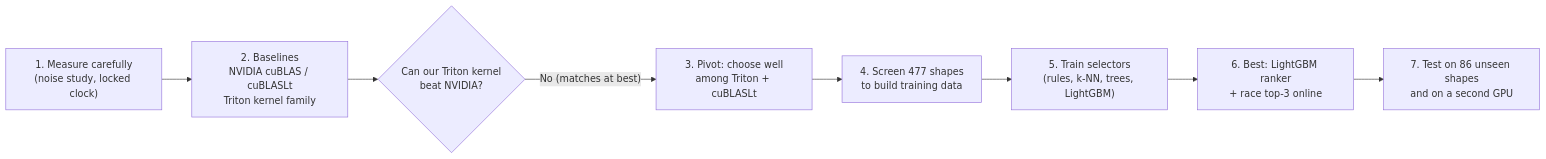
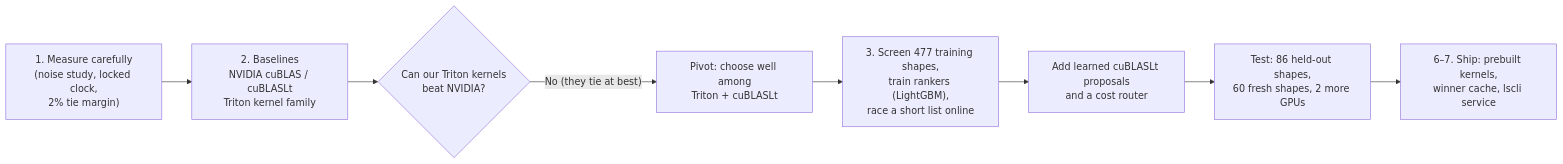
One commit to Rayner3103/CS464 changed the diagram in results/README.md. Above: the diagram before and after it, drawn with Mermaid. The commit also changed other lines of this file and 15 other files, not shown here.

````diff
--- a/results/README.md
+++ b/results/README.md
@@ -16,10 +19,10 @@
 ```mermaid
 flowchart LR
-    A["1. Measure carefully<br/>(noise study, locked clock)"] --> B["2. Baselines<br/>NVIDIA cuBLAS / cuBLASLt<br/>Triton kernel family"]
-    B --> C{"Can our Triton kernel<br/>beat NVIDIA?"}
-    C -- "No (matches at best)" --> D["3. Pivot: choose well<br/>among Triton + cuBLASLt"]
-    D --> E["4. Screen 477 shapes<br/>to build training data"]
-    E --> F["5. Train selectors<br/>(rules, k-NN, trees, LightGBM)"]
-    F --> G["6. Best: LightGBM ranker<br/>+ race top-3 online"]
-    G --> H["7. Test on 86 unseen shapes<br/>and on a second GPU"]
+    A["1. Measure carefully<br/>(noise study, locked clock,<br/>2% tie margin)"] --> B["2. Baselines<br/>NVIDIA cuBLAS / cuBLASLt<br/>Triton kernel family"]
+    B --> C{"Can our Triton kernels<br/>beat NVIDIA?"}
+    C -- "No (they tie at best)" --> D["Pivot: choose well among<br/>Triton + cuBLASLt"]
+    D --> E["3. Screen 477 training shapes,<br/>train rankers (LightGBM),<br/>race a short list online"]
+    E --> F["Add learned cuBLASLt proposals<br/>and a cost router"]
+    F --> G["Test: 86 held-out shapes,<br/>60 fresh shapes, 2 more GPUs"]
+    G --> H["6–7. Ship: prebuilt kernels,<br/>winner cache, lscli service"]
 ```
````
